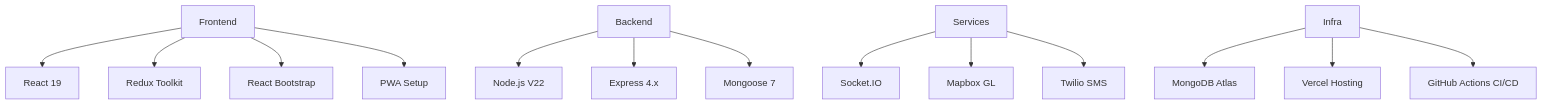
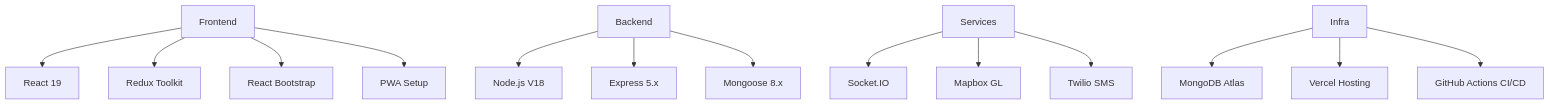
One commit to SalimElheni1/louage-system changed the diagram in docs/TECH_STACK.md. Above: the diagram before and after it, drawn with Mermaid. The commit also changed other lines of this file and 12 other files, not shown here.

````diff
--- a/docs/TECH_STACK.md
+++ b/docs/TECH_STACK.md
@@ -1,19 +1,19 @@
 ```mermaid
 graph TD
     A[Frontend] --> B[React 19]
     A --> C[Redux Toolkit]
     A --> D[React Bootstrap]
     A --> E[PWA Setup]
 
-    F[Backend] --> G[Node.js V22]
-    F --> H[Express 4.x]
-    F --> I[Mongoose 7]
+    F[Backend] --> G[Node.js V18]
+    F --> H[Express 5.x]
+    F --> I[Mongoose 8.x]
 
     J[Services] --> K[Socket.IO]
     J --> L[Mapbox GL]
     J --> M[Twilio SMS]
 
     N[Infra] --> O[MongoDB Atlas]
     N --> P[Vercel Hosting]
     N --> Q[GitHub Actions CI/CD]
 ```
````
